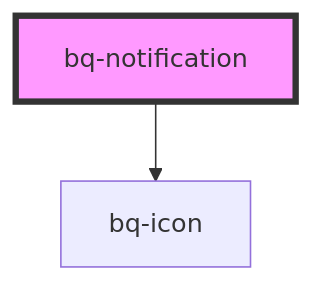
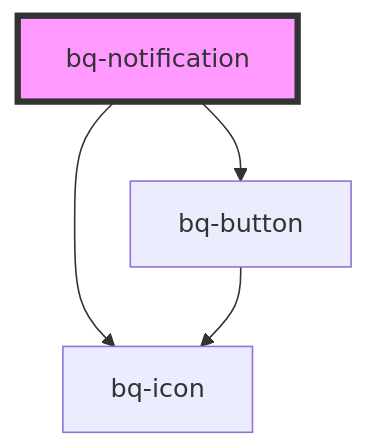
One commit to Endava/BEEQ changed the diagram in packages/bee-q/src/components/notification/readme.md. Above: the diagram before and after it, drawn with Mermaid. The commit also changed other lines of this file and 4 other files, not shown here.

````diff
--- a/packages/bee-q/src/components/notification/readme.md
+++ b/packages/bee-q/src/components/notification/readme.md
@@ -63,5 +66,7 @@
 ```mermaid
 graph TD;
+  bq-notification --> bq-button
   bq-notification --> bq-icon
+  bq-button --> bq-icon
   style bq-notification fill:#f9f,stroke:#333,stroke-width:4px
 ```
````
